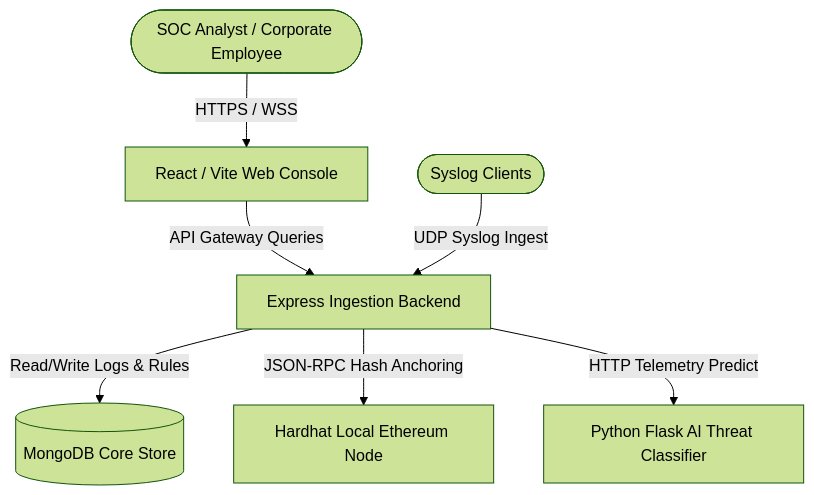
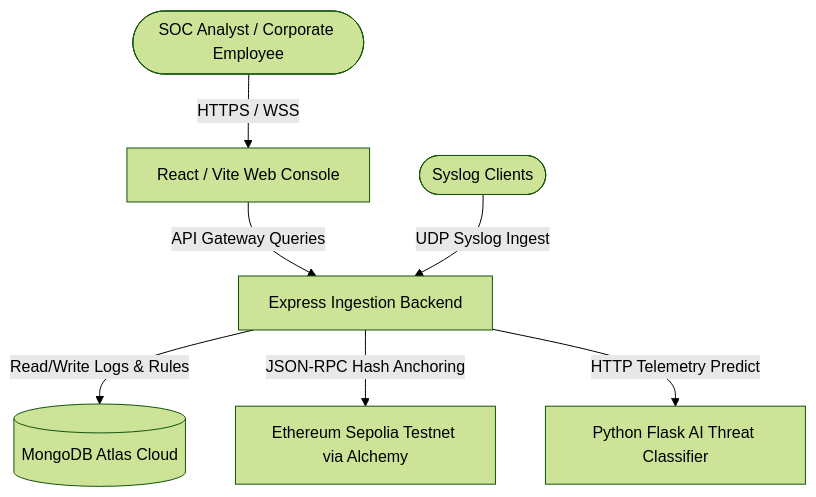
One commit to NisargV22/AI-Blockchain-Cybersecurity-System changed the diagram in README.md. Above: the diagram before and after it, drawn with Mermaid (forest theme). The commit also changed other lines of this file, not shown here.

Commit message:
Update README with live cloud URLs and deployment instructions

````diff
--- a/README.md
+++ b/README.md
@@ -11,9 +20,9 @@
 ```mermaid
 graph TD
     User([SOC Analyst / Corporate Employee]) -->|HTTPS / WSS| Frontend[React / Vite Web Console]
     Frontend -->|API Gateway Queries| Backend[Express Ingestion Backend]
-    Backend -->|Read/Write Logs & Rules| DB[(MongoDB Core Store)]
-    Backend -->|JSON-RPC Hash Anchoring| Blockchain[Hardhat Local Ethereum Node]
+    Backend -->|Read/Write Logs & Rules| DB[(MongoDB Atlas Cloud)]
+    Backend -->|JSON-RPC Hash Anchoring| Blockchain[Ethereum Sepolia Testnet via Alchemy]
     Backend -->|HTTP Telemetry Predict| AI[Python Flask AI Threat Classifier]
     UDP([Syslog Clients]) -->|UDP Syslog Ingest| Backend
 ```
````
